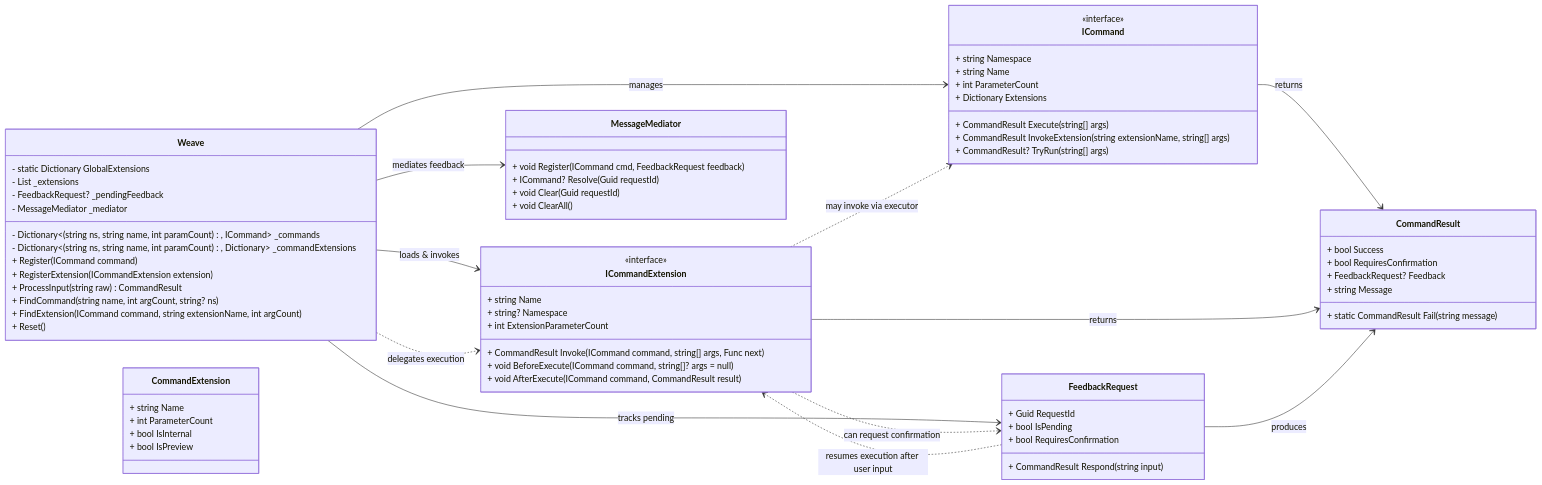
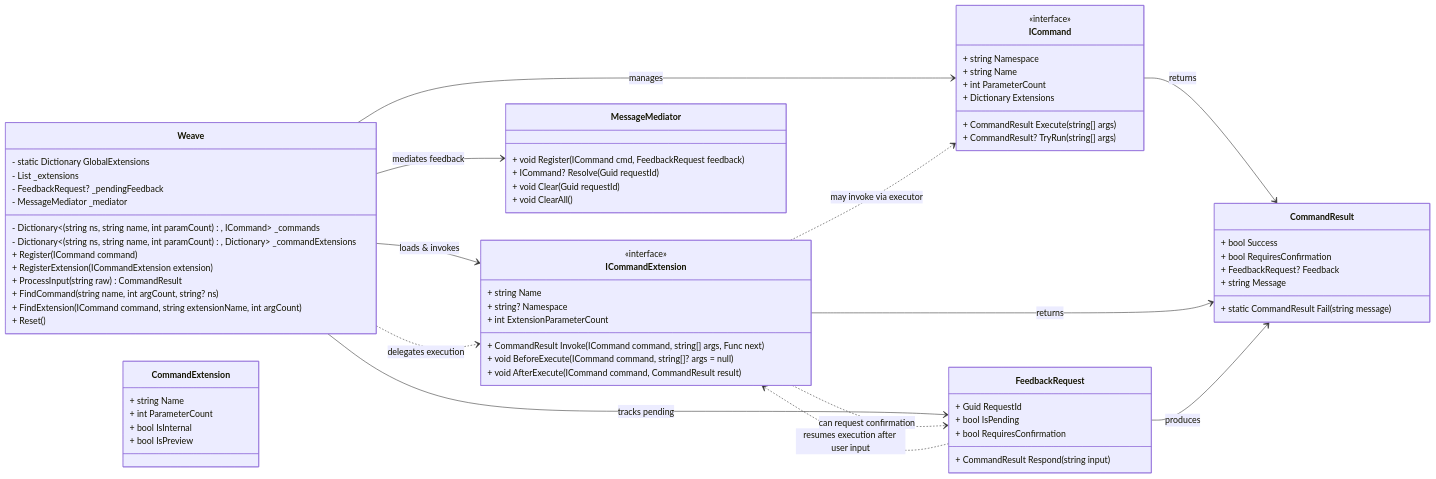
The diagram in README.md (LoneWandererProductions/Lector), drawn with Mermaid before and after one commit. The commit also changed 59 other files, not shown here.

First line of the commit message:
Refactor: Remove InvokeExtension, make use of TryRun only

````diff
--- a/README.md
+++ b/README.md
@@ -138,81 +138,80 @@
 ```mermaid
 classDiagram
 direction LR
 
 class Weave {
     - Dictionary<(string ns, string name, int paramCount), ICommand> _commands
     - Dictionary<(string ns, string name, int paramCount), Dictionary<string, int>> _commandExtensions
     - static Dictionary<string, CommandExtension> GlobalExtensions
     - List<ICommandExtension> _extensions
     - FeedbackRequest? _pendingFeedback
     - MessageMediator _mediator
     + Register(ICommand command)
     + RegisterExtension(ICommandExtension extension)
     + ProcessInput(string raw) CommandResult
     + FindCommand(string name, int argCount, string? ns)
     + FindExtension(ICommand command, string extensionName, int argCount)
     + Reset()
 }
 
 class ICommand {
     <<interface>>
     + string Namespace
     + string Name
     + int ParameterCount
     + Dictionary<string, int> Extensions
     + CommandResult Execute(string[] args)
-    + CommandResult InvokeExtension(string extensionName, string[] args)
     + CommandResult? TryRun(string[] args)
 }
 
 class ICommandExtension {
     <<interface>>
     + string Name
     + string? Namespace
     + int ExtensionParameterCount
     + CommandResult Invoke(ICommand command, string[] args, Func<string[], CommandResult> next)
     + void BeforeExecute(ICommand command, string[]? args = null)
     + void AfterExecute(ICommand command, CommandResult result)
 }
 
 class CommandExtension {
     + string Name
     + int ParameterCount
     + bool IsInternal
     + bool IsPreview
 }
 
 class CommandResult {
     + bool Success
     + bool RequiresConfirmation
     + FeedbackRequest? Feedback
     + string Message
     + static CommandResult Fail(string message)
 }
 
 class FeedbackRequest {
     + Guid RequestId
     + bool IsPending
     + bool RequiresConfirmation
     + CommandResult Respond(string input)
 }
 
 class MessageMediator {
     + void Register(ICommand cmd, FeedbackRequest feedback)
     + ICommand? Resolve(Guid requestId)
     + void Clear(Guid requestId)
     + void ClearAll()
 }
 
 Weave --> ICommand : manages
 Weave --> ICommandExtension : loads & invokes
 Weave --> MessageMediator : mediates feedback
 Weave --> FeedbackRequest : tracks pending
 ICommand --> CommandResult : returns
 ICommandExtension --> CommandResult : returns
 FeedbackRequest --> CommandResult : produces
 Weave ..> ICommandExtension : delegates execution
 ICommandExtension ..> ICommand : may invoke via executor
 ICommandExtension ..> FeedbackRequest : can request confirmation
 FeedbackRequest ..> ICommandExtension : resumes execution after user input
 ```
````
